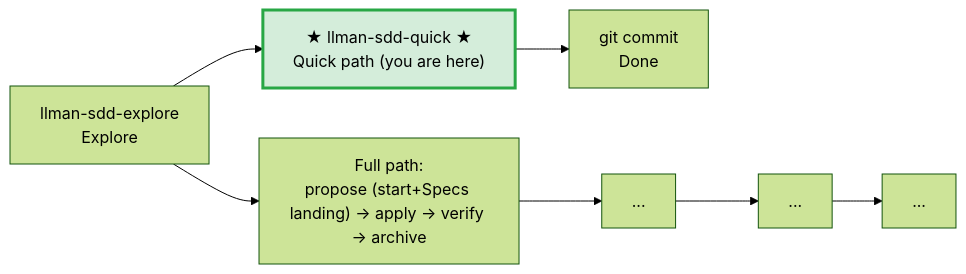
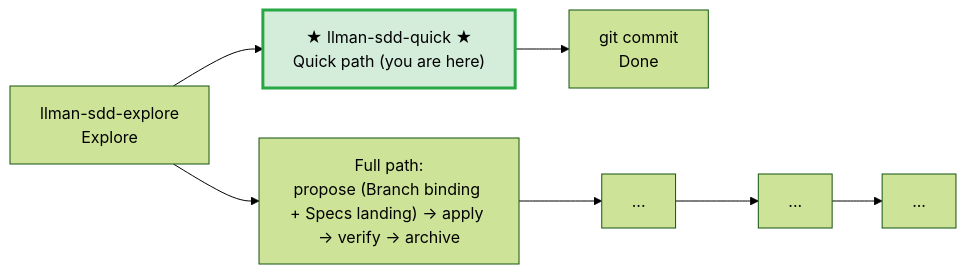
Before and after one commit to StrayDragon/llman: the diagram in templates/sdd/en/skills/llman-sdd-quick.md, drawn with Mermaid (forest theme). The commit also changed other lines of this file and 48 other files, not shown here.

````diff
--- a/templates/sdd/en/skills/llman-sdd-quick.md
+++ b/templates/sdd/en/skills/llman-sdd-quick.md
@@ -17,14 +17,14 @@
 ```mermaid
 flowchart LR
     explore["llman-sdd-explore<br/>Explore"] --> quick
 
     quick["★ llman-sdd-quick ★<br/>Quick path (you are here)"]
     quick --> commit["git commit<br/>Done"]
 
-    explore --> propose["Full path:<br/>propose (start+Specs landing) → apply → verify → archive"]
+    explore --> propose["Full path:<br/>propose (Branch binding + Specs landing) → apply → verify → archive"]
     propose --> apply["..."]
     apply --> verify["..."]
     verify --> archive["..."]
 
     style quick fill:#d4edda,stroke:#28a745,stroke-width:3px
 ```
````
